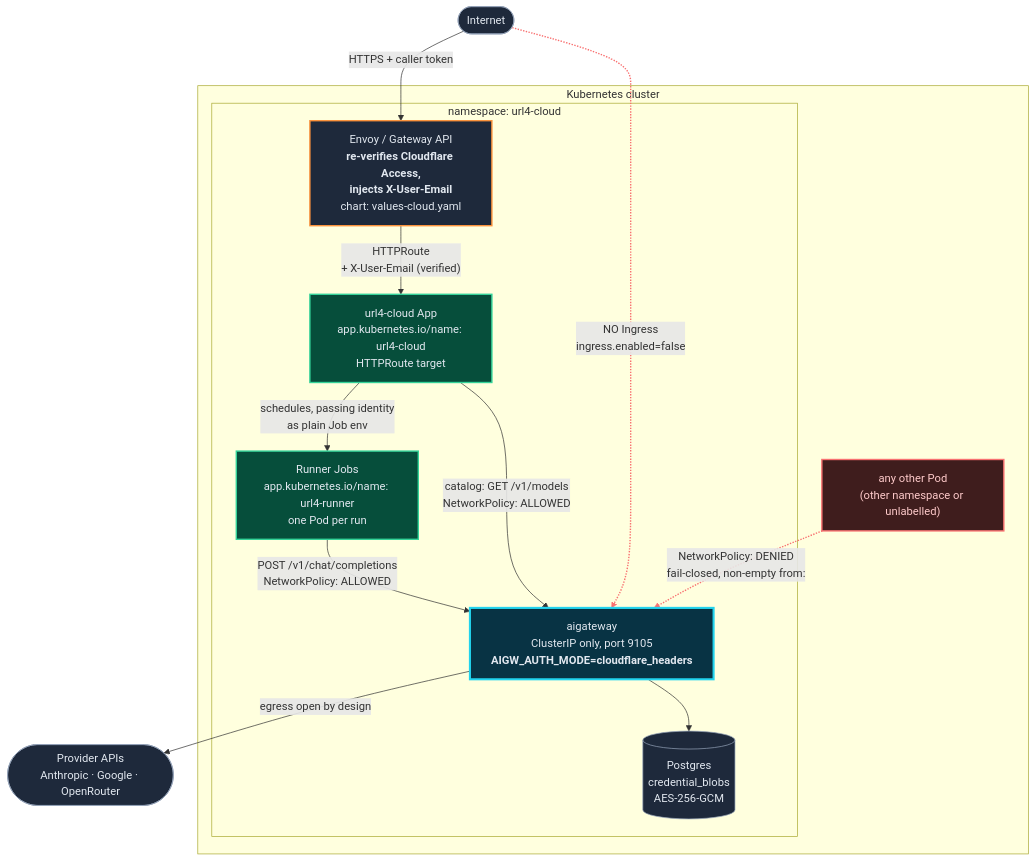
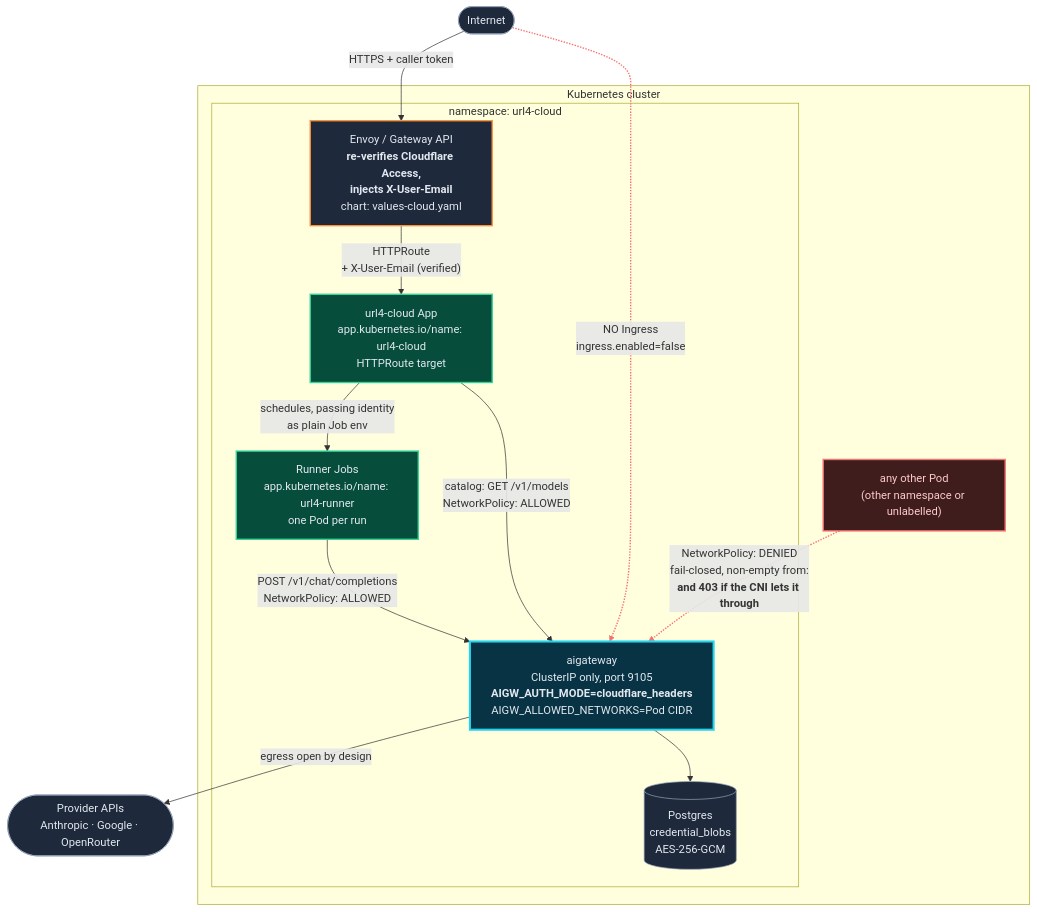
Before and after one commit to OpenMined/screamingface: the second of 3 diagrams in docs/diagrams/gateway-identity.md, drawn with Mermaid. The commit also changed other lines of this file and 16 other files, not shown here.

````diff
--- a/docs/diagrams/gateway-identity.md
+++ b/docs/diagrams/gateway-identity.md
@@ -97,41 +107,41 @@
 ```mermaid
 flowchart TB
     NET([Internet])
 
     subgraph CL["Kubernetes cluster"]
         subgraph NSA["namespace: url4-cloud"]
             ENVOY["Envoy / Gateway API<br/><b>re-verifies Cloudflare Access,<br/>injects X-User-Email</b><br/>chart: values-cloud.yaml"]
             APP["url4-cloud App<br/>app.kubernetes.io/name: url4-cloud<br/>HTTPRoute target"]
             JOB["Runner Jobs<br/>app.kubernetes.io/name: url4-runner<br/>one Pod per run"]
-            AIGW["aigateway<br/>ClusterIP only, port 9105<br/><b>AIGW_AUTH_MODE=cloudflare_headers</b>"]
+            AIGW["aigateway<br/>ClusterIP only, port 9105<br/><b>AIGW_AUTH_MODE=cloudflare_headers</b><br/>AIGW_ALLOWED_NETWORKS=Pod CIDR"]
             DB[("Postgres<br/>credential_blobs<br/>AES-256-GCM")]
         end
         OTHER["any other Pod<br/>(other namespace or unlabelled)"]
     end
 
     PROV(["Provider APIs<br/>Anthropic · Google · OpenRouter"])
 
     NET -->|"HTTPS + caller token"| ENVOY
     ENVOY -->|"HTTPRoute<br/>+ X-User-Email (verified)"| APP
     APP -->|"schedules, passing identity<br/>as plain Job env"| JOB
     APP -->|"catalog: GET /v1/models<br/>NetworkPolicy: ALLOWED"| AIGW
     JOB -->|"POST /v1/chat/completions<br/>NetworkPolicy: ALLOWED"| AIGW
-    OTHER -.->|"NetworkPolicy: DENIED<br/>fail-closed, non-empty from:"| AIGW
+    OTHER -.->|"NetworkPolicy: DENIED<br/>fail-closed, non-empty from:<br/><b>and 403 if the CNI lets it through</b>"| AIGW
     NET -.->|"NO Ingress<br/>ingress.enabled=false"| AIGW
     AIGW -->|"egress open by design"| PROV
     AIGW --> DB
 
     classDef edge fill:#1e293b,stroke:#fb923c,stroke-width:2px,color:#e2e8f0
     classDef app fill:#064e3b,stroke:#34d399,stroke-width:2px,color:#e2e8f0
     classDef gw fill:#083344,stroke:#22d3ee,stroke-width:3px,color:#e2e8f0
     classDef denied fill:#3f1d1d,stroke:#f87171,stroke-width:2px,color:#fecaca
     classDef ext fill:#1e293b,stroke:#94a3b8,stroke-width:1px,color:#e2e8f0
 
     class ENVOY edge
     class APP,JOB app
     class AIGW gw
     class OTHER denied
     class NET,PROV,DB ext
 
     linkStyle 5,6 stroke:#f87171,stroke-width:2px
 ```
````
